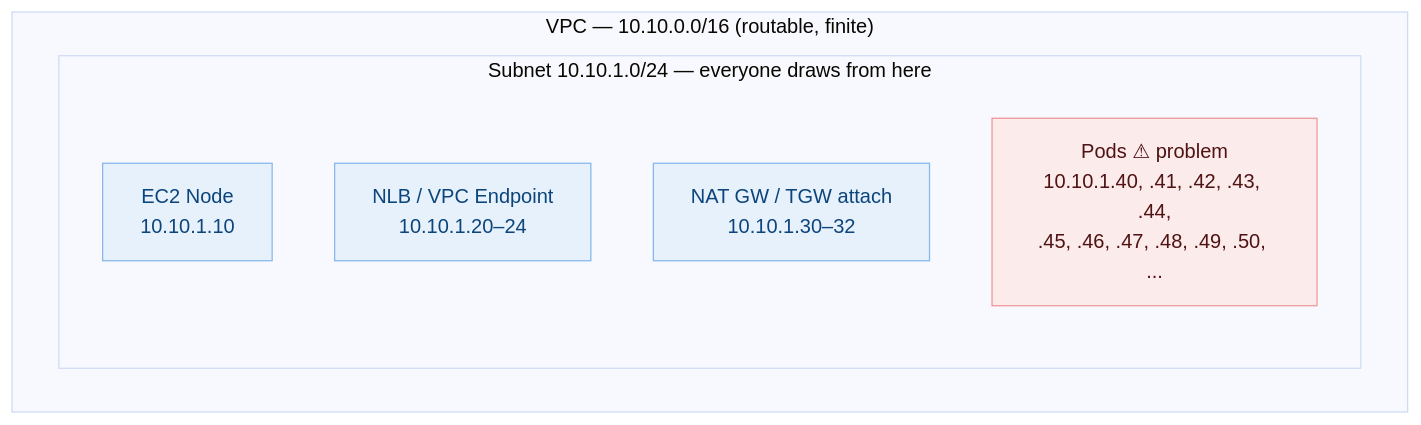
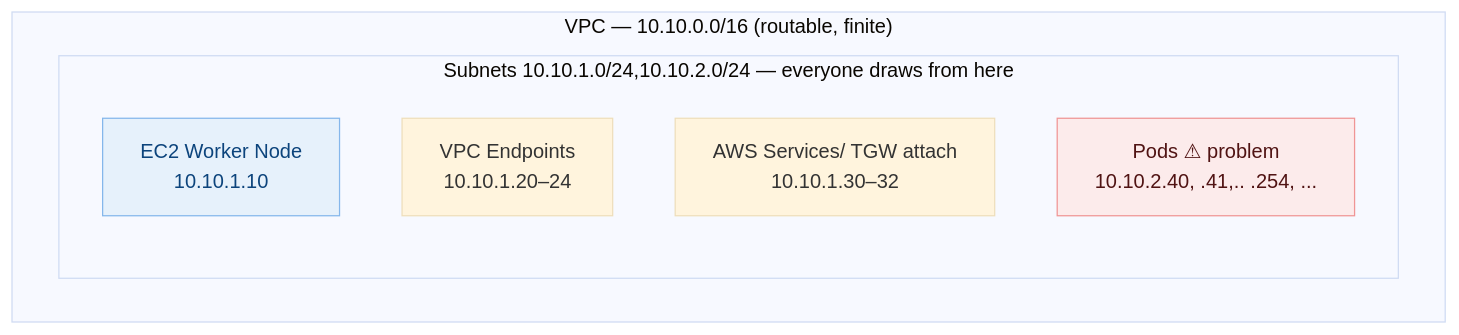
One commit to routerworld3/wiki_vp changed the first of 6 diagrams in AWS/Networking/k8/draft/00_guidance.md. Above: the diagram before and after it, drawn with Mermaid (base theme). The commit also changed other lines of this file, not shown here.

````diff
--- a/AWS/Networking/k8/draft/00_guidance.md
+++ b/AWS/Networking/k8/draft/00_guidance.md
@@ -25,16 +27,16 @@
 ```mermaid
 flowchart TB
     subgraph VPC["VPC — 10.10.0.0/16 (routable, finite)"]
-        subgraph Subnet["Subnet 10.10.1.0/24 — everyone draws from here"]
-            Node["EC2 Node<br/>10.10.1.10"]
-            LB["NLB / VPC Endpoint<br/>10.10.1.20–24"]
-            NAT["NAT GW / TGW attach<br/>10.10.1.30–32"]
-            Pods["Pods ⚠ problem<br/>10.10.1.40, .41, .42, .43, .44,<br/>.45, .46, .47, .48, .49, .50, ..."]
+        subgraph Subnet["Subnets 10.10.1.0/24,10.10.2.0/24 — everyone draws from here"]
+            Node["EC2 Worker Node<br/>10.10.1.10"]
+            Endpoints["VPC Endpoints<br/>10.10.1.20–24"]
+            Services/Attachments["AWS Services/ TGW attach<br/>10.10.1.30–32"]
+            Pods["Pods ⚠ problem<br/>10.10.2.40, .41,.. .254, ..."]
         end
     end
 
     classDef infra fill:#e6f1fb,stroke:#85b7eb,color:#0c447c
     classDef problem fill:#fcebeb,stroke:#f09595,color:#501313
     class Node,LB,NAT infra
     class Pods problem
 ```
````
